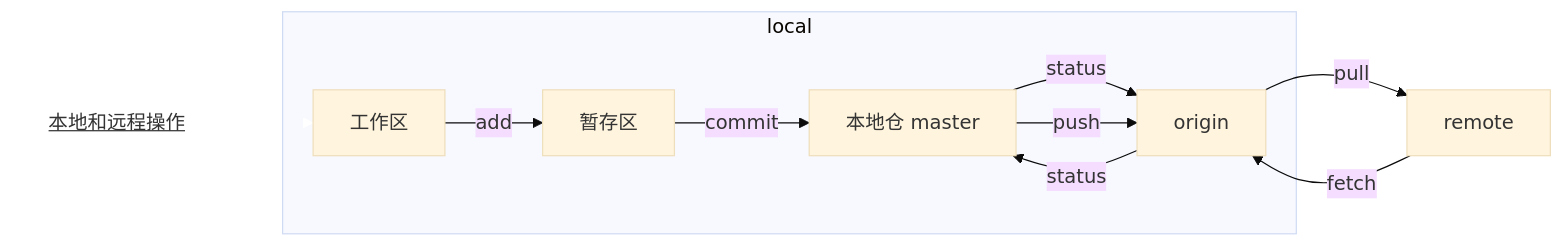
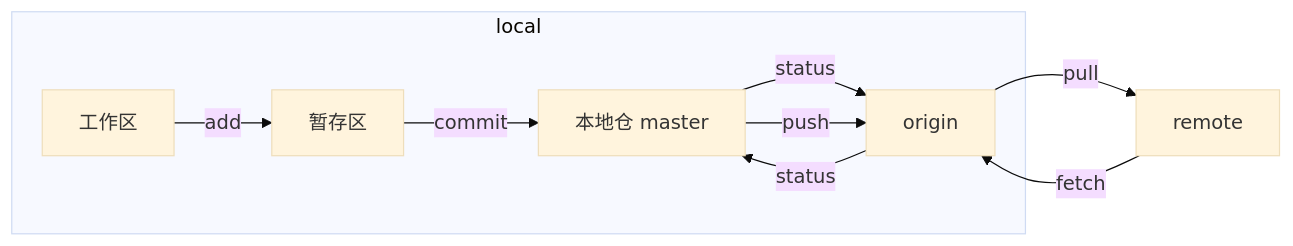
The third of 3 diagrams in _posts/2018-12-24-如何使用GIT搭建Blog-post.md (Kimwangqing/Kimwangqing.github.io), drawn with Mermaid (base theme) before and after one commit. The commit also changed other lines of this file and 16 other files, not shown here.

````diff
--- a/_posts/2018-12-24-如何使用GIT搭建Blog-post.md
+++ b/_posts/2018-12-24-如何使用GIT搭建Blog-post.md
@@ -135,17 +139,12 @@
 ```mermaid
 graph LR
-title[<u>本地和远程操作</u>]
-title-->1
-style title fill:#FFF,stroke:#FFF
-linkStyle 0 stroke:#FFF,stroke-width:0;
-
 subgraph local
 1[工作区]--add-->2[暂存区]
 2[暂存区]--commit-->3[本地仓 master]
 3[本地仓 master]--status-->4[origin]
 3[本地仓 master]--push-->4[origin]
 4[origin]--status-->3[本地仓 master]
 end
 4[origin]--pull-->5[remote]
 5[remote]--fetch-->4[origin]
 ```
````
